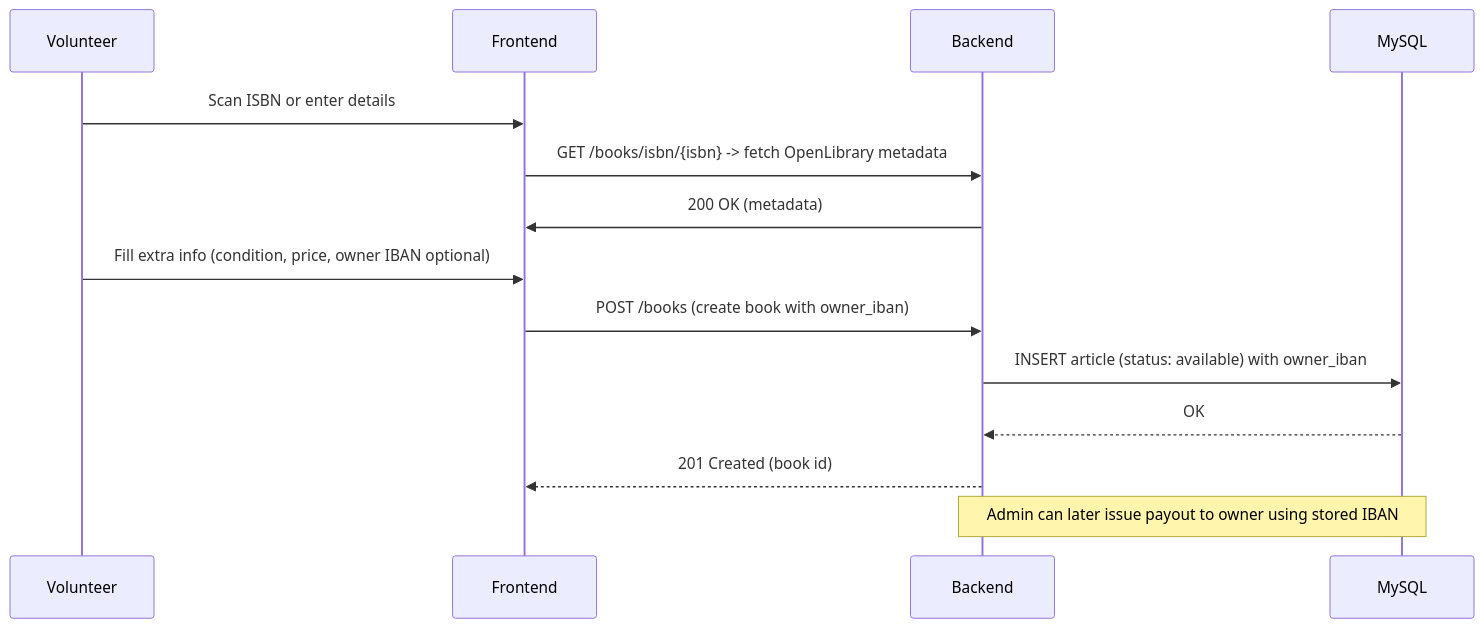
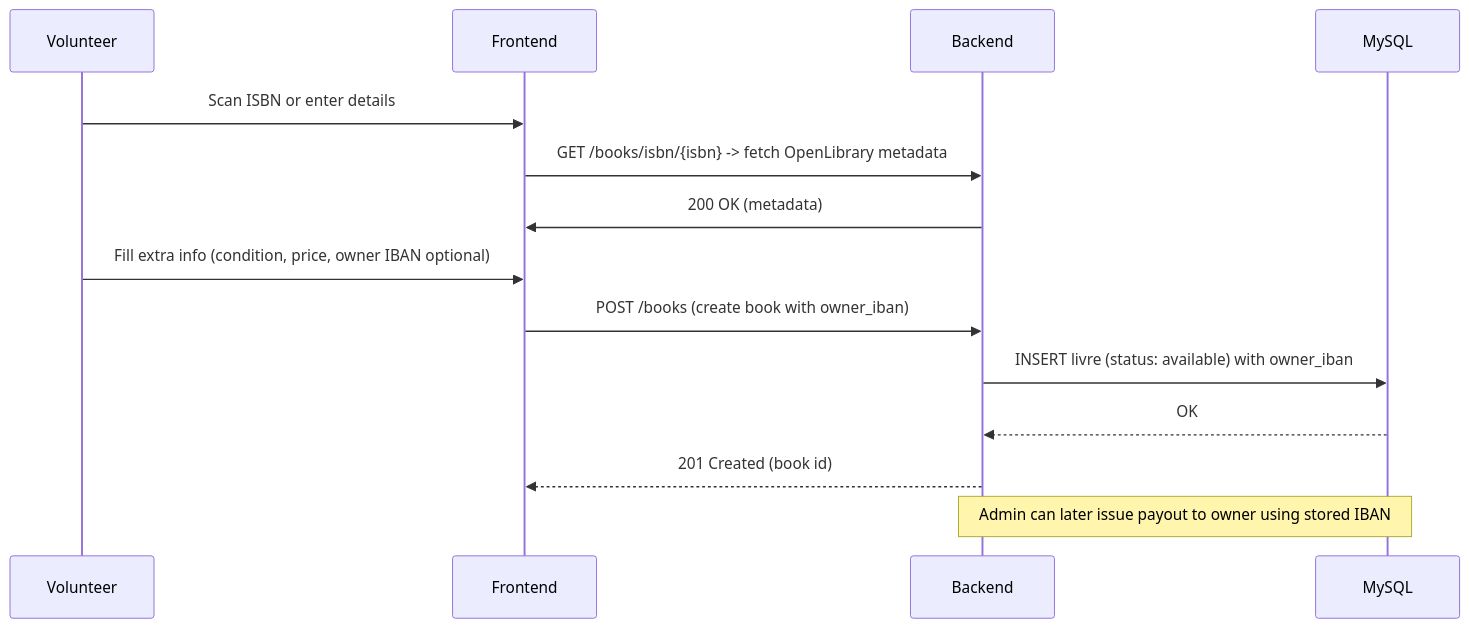
Before and after one commit to Visualstudiocodetest/caribooks: the third of 4 diagrams in README.md, drawn with Mermaid. The commit also changed other lines of this file and 59 other files, not shown here.

````diff
--- a/README.md
+++ b/README.md
@@ -173,18 +173,18 @@
 ```mermaid
 sequenceDiagram
    participant V as Volunteer
    participant FE as Frontend
    participant BE as Backend
    participant DB as MySQL
 
    V->>FE: Scan ISBN or enter details
    FE->>BE: GET /books/isbn/{isbn} -> fetch OpenLibrary metadata
    BE->>FE: 200 OK (metadata)
    V->>FE: Fill extra info (condition, price, owner IBAN optional)
    FE->>BE: POST /books (create book with owner_iban)
-   BE->>DB: INSERT article (status: available) with owner_iban
+   BE->>DB: INSERT livre (status: available) with owner_iban
    DB-->>BE: OK
    BE-->>FE: 201 Created (book id)
 
    Note over BE,DB: Admin can later issue payout to owner using stored IBAN
 ```
````
